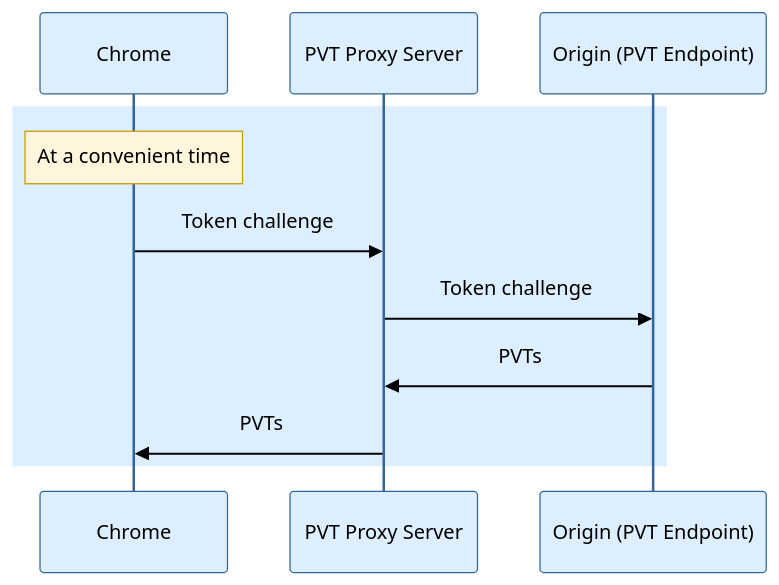
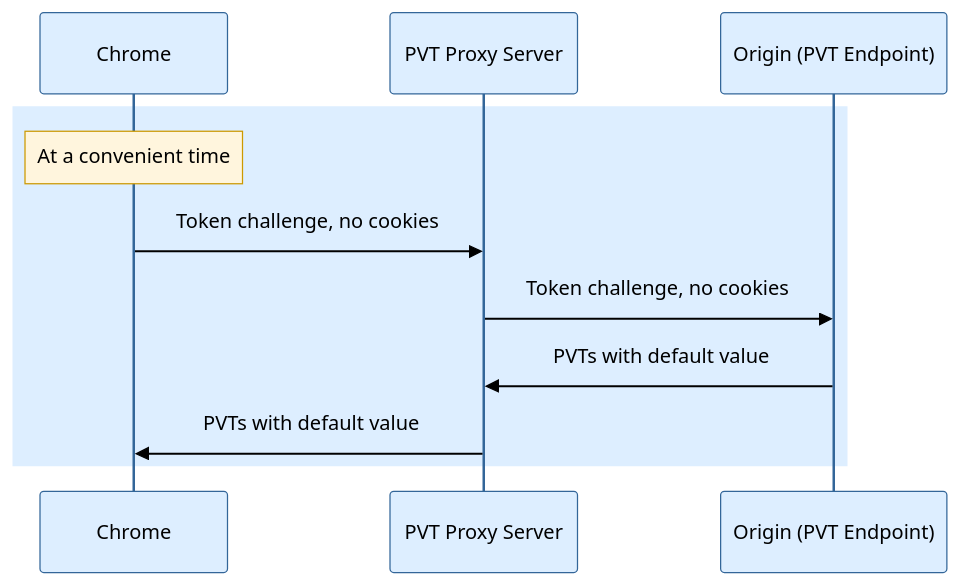
Before and after one commit to explainers-by-googlers/private-verification-tokens: the second of 2 diagrams in README.md, drawn with Mermaid.

Commit message:
Add more tags to PVT proxy requests

````diff
--- a/README.md
+++ b/README.md
@@ -190,16 +190,16 @@
 ```mermaid
 %%{init: {'theme': 'base', 'themeVariables': {'actorTextColor': '#000000', 'actorBkg': '#ddeeff', 'actorBorder': '#336699', 'actorLineColor': '#336699', 'signalColor': '#000000', 'signalTextColor': '#000000', 'labelTextColor': '#000000', 'loopTextColor': '#000000', 'noteBkgColor': '#fff5dd', 'noteTextColor': '#000000', 'noteBorderColor': '#cc9900', 'activationBkgColor': '#ddeeff', 'activationBorderColor': '#336699', 'fontFamily': 'arial', 'fontSize': '14px'}}}%%
 sequenceDiagram
     participant C as Chrome
     participant PS as PVT Proxy Server
     participant OE as Origin (PVT Endpoint)
 
     rect rgb(221, 238, 255)
     note over C: At a convenient time
 
-    C->>PS: Token challenge
-    PS->>OE: Token challenge
-    OE->>PS: PVTs
-    PS->>C: PVTs
+    C->>PS: Token challenge, no cookies
+    PS->>OE: Token challenge, no cookies
+    OE->>PS: PVTs with default value
+    PS->>C: PVTs with default value
     end
 ```
````
